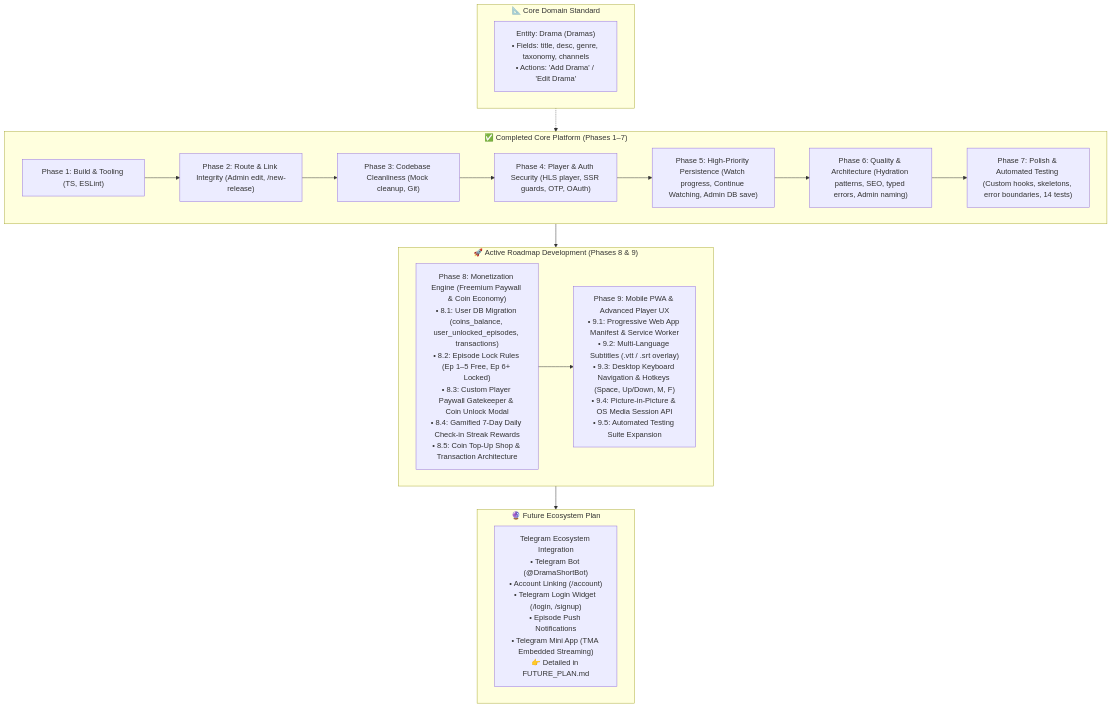
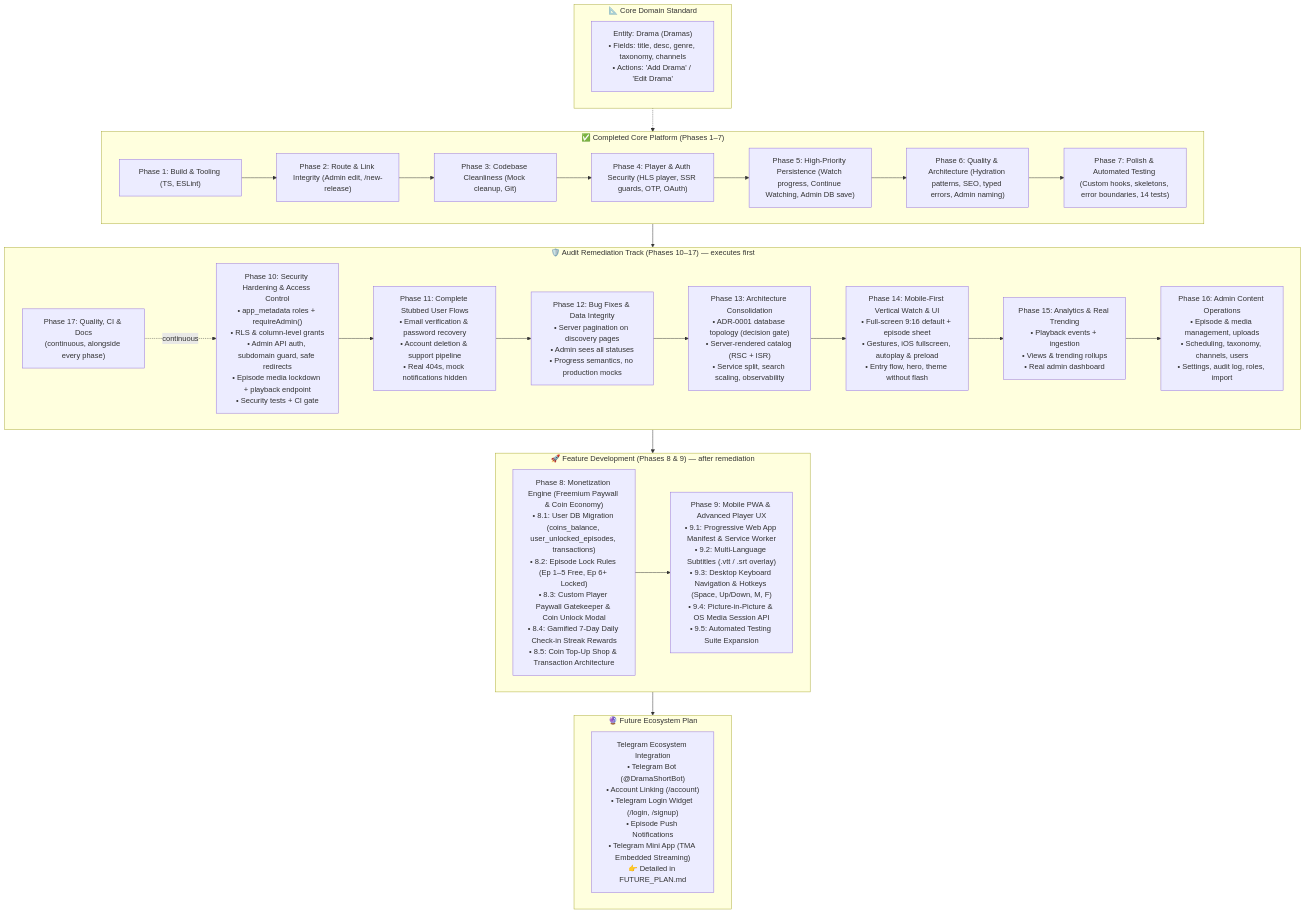
Before and after one commit to s3327/dramashort-app: the diagram in ROADMAP.md, drawn with Mermaid. The commit also changed other lines of this file and 1 other file, not shown here.

Commit message:
docs(roadmap): expand roadmap with platform audit remediation track (Phases 10-17) and execution gates

````diff
--- a/ROADMAP.md
+++ b/ROADMAP.md
@@ -883,34 +1799,49 @@
 ```mermaid
 flowchart TD
     subgraph DomainStandard["📐 Core Domain Standard"]
         DS["Entity: Drama (Dramas)<br/>• Fields: title, desc, genre, taxonomy, channels<br/>• Actions: 'Add Drama' / 'Edit Drama'"]
     end
 
     subgraph CompletedCore["✅ Completed Core Platform (Phases 1–7)"]
         P1["Phase 1: Build & Tooling (TS, ESLint)"]
         P2["Phase 2: Route & Link Integrity (Admin edit, /new-release)"]
         P3["Phase 3: Codebase Cleanliness (Mock cleanup, Git)"]
         P4["Phase 4: Player & Auth Security (HLS player, SSR guards, OTP, OAuth)"]
         P5["Phase 5: High-Priority Persistence (Watch progress, Continue Watching, Admin DB save)"]
         P6["Phase 6: Quality & Architecture (Hydration patterns, SEO, typed errors, Admin naming)"]
         P7["Phase 7: Polish & Automated Testing (Custom hooks, skeletons, error boundaries, 14 tests)"]
 
         P1 --> P2 --> P3 --> P4 --> P5 --> P6 --> P7
     end
 
-    subgraph ActiveDevelopment["🚀 Active Roadmap Development (Phases 8 & 9)"]
+    subgraph Remediation["🛡️ Audit Remediation Track (Phases 10–17) — executes first"]
+        P10["Phase 10: Security Hardening & Access Control<br/>• app_metadata roles + requireAdmin()<br/>• RLS & column-level grants<br/>• Admin API auth, subdomain guard, safe redirects<br/>• Episode media lockdown + playback endpoint<br/>• Security tests + CI gate"]
+        P11["Phase 11: Complete Stubbed User Flows<br/>• Email verification & password recovery<br/>• Account deletion & support pipeline<br/>• Real 404s, mock notifications hidden"]
+        P12["Phase 12: Bug Fixes & Data Integrity<br/>• Server pagination on discovery pages<br/>• Admin sees all statuses<br/>• Progress semantics, no production mocks"]
+        P13["Phase 13: Architecture Consolidation<br/>• ADR-0001 database topology (decision gate)<br/>• Server-rendered catalog (RSC + ISR)<br/>• Service split, search scaling, observability"]
+        P14["Phase 14: Mobile-First Vertical Watch & UI<br/>• Full-screen 9:16 default + episode sheet<br/>• Gestures, iOS fullscreen, autoplay & preload<br/>• Entry flow, hero, theme without flash"]
+        P15["Phase 15: Analytics & Real Trending<br/>• Playback events + ingestion<br/>• Views & trending rollups<br/>• Real admin dashboard"]
+        P16["Phase 16: Admin Content Operations<br/>• Episode & media management, uploads<br/>• Scheduling, taxonomy, channels, users<br/>• Settings, audit log, roles, import"]
+        P17["Phase 17: Quality, CI & Docs<br/>(continuous, alongside every phase)"]
+
+        P10 --> P11 --> P12 --> P13 --> P14 --> P15 --> P16
+        P17 -.->|continuous| P10
+    end
+
+    subgraph ActiveDevelopment["🚀 Feature Development (Phases 8 & 9) — after remediation"]
         P8["Phase 8: Monetization Engine (Freemium Paywall & Coin Economy)<br/>• 8.1: User DB Migration (coins_balance, user_unlocked_episodes, transactions)<br/>• 8.2: Episode Lock Rules (Ep 1–5 Free, Ep 6+ Locked)<br/>• 8.3: Custom Player Paywall Gatekeeper & Coin Unlock Modal<br/>• 8.4: Gamified 7-Day Daily Check-in Streak Rewards<br/>• 8.5: Coin Top-Up Shop & Transaction Architecture"]
         
         P9["Phase 9: Mobile PWA & Advanced Player UX<br/>• 9.1: Progressive Web App Manifest & Service Worker<br/>• 9.2: Multi-Language Subtitles (.vtt / .srt overlay)<br/>• 9.3: Desktop Keyboard Navigation & Hotkeys (Space, Up/Down, M, F)<br/>• 9.4: Picture-in-Picture & OS Media Session API<br/>• 9.5: Automated Testing Suite Expansion"]
         
         P8 --> P9
     end
 
     subgraph FutureEcosystem["🔮 Future Ecosystem Plan"]
         FP["Telegram Ecosystem Integration<br/>• Telegram Bot (@DramaShortBot)<br/>• Account Linking (/account)<br/>• Telegram Login Widget (/login, /signup)<br/>• Episode Push Notifications<br/>• Telegram Mini App (TMA Embedded Streaming)<br/>👉 Detailed in FUTURE_PLAN.md"]
     end
 
     DomainStandard -.-> CompletedCore
-    CompletedCore --> ActiveDevelopment
+    CompletedCore --> Remediation
+    Remediation --> ActiveDevelopment
     ActiveDevelopment --> FutureEcosystem
 ```
````
